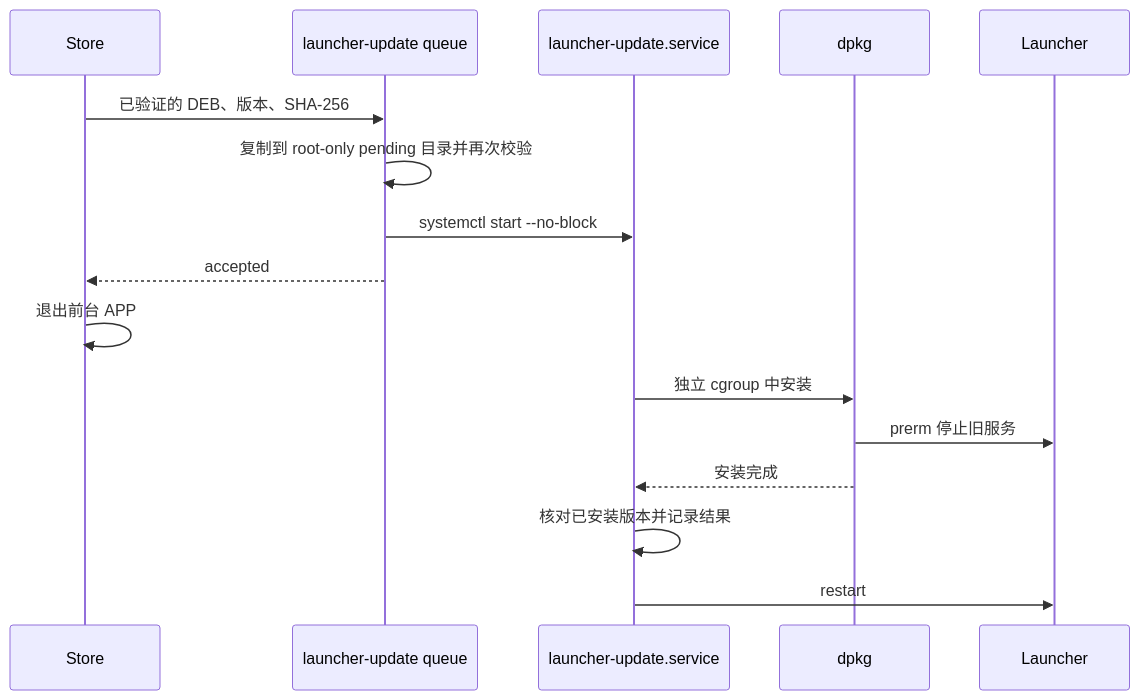
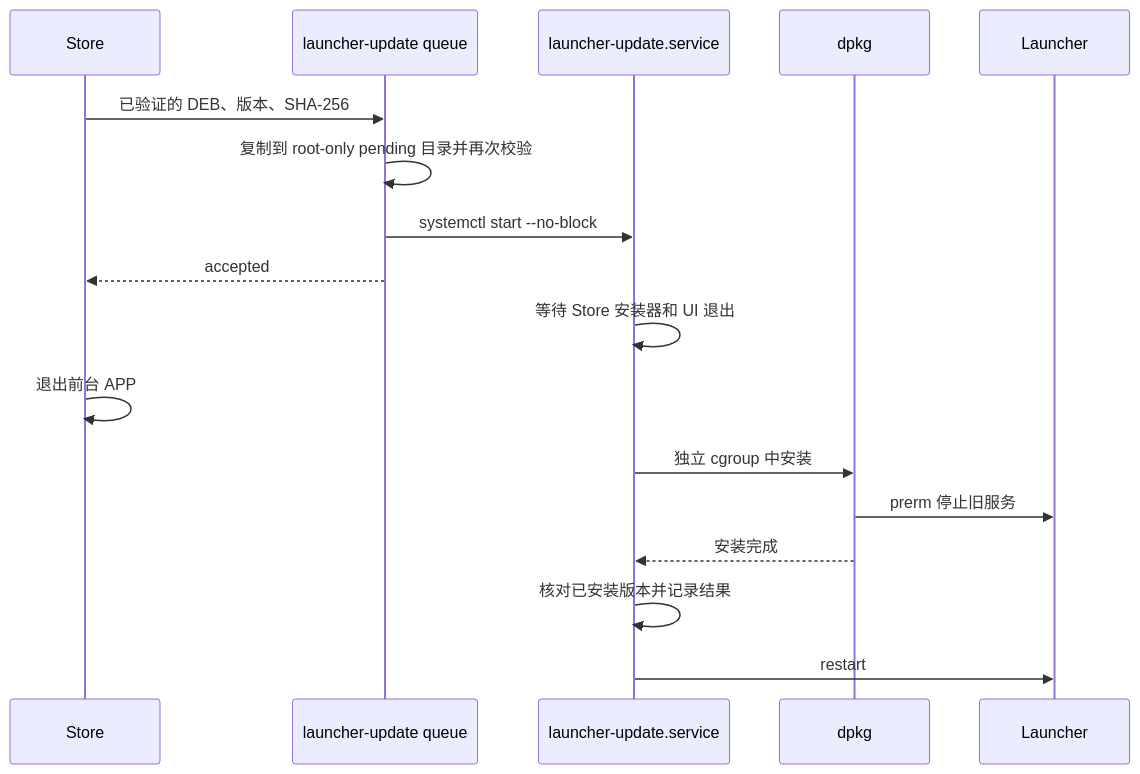
One commit to LILYGO-UI/launcher changed the first of 3 diagrams in docs/launcher-app-lifecycle.md. Above: the diagram before and after it, drawn with Mermaid. The commit also changed other lines of this file and 7 other files, not shown here.

````diff
--- a/docs/launcher-app-lifecycle.md
+++ b/docs/launcher-app-lifecycle.md
@@ -48,18 +48,19 @@
 ```mermaid
 sequenceDiagram
     participant Store
     participant Queue as launcher-update queue
     participant Worker as launcher-update.service
     participant Dpkg as dpkg
     participant Launcher
     Store->>Queue: 已验证的 DEB、版本、SHA-256
     Queue->>Queue: 复制到 root-only pending 目录并再次校验
     Queue->>Worker: systemctl start --no-block
     Queue-->>Store: accepted
+    Worker->>Worker: 等待 Store 安装器和 UI 退出
     Store->>Store: 退出前台 APP
     Worker->>Dpkg: 独立 cgroup 中安装
     Dpkg->>Launcher: prerm 停止旧服务
     Dpkg-->>Worker: 安装完成
     Worker->>Worker: 核对已安装版本并记录结果
     Worker->>Launcher: restart
 ```
````
